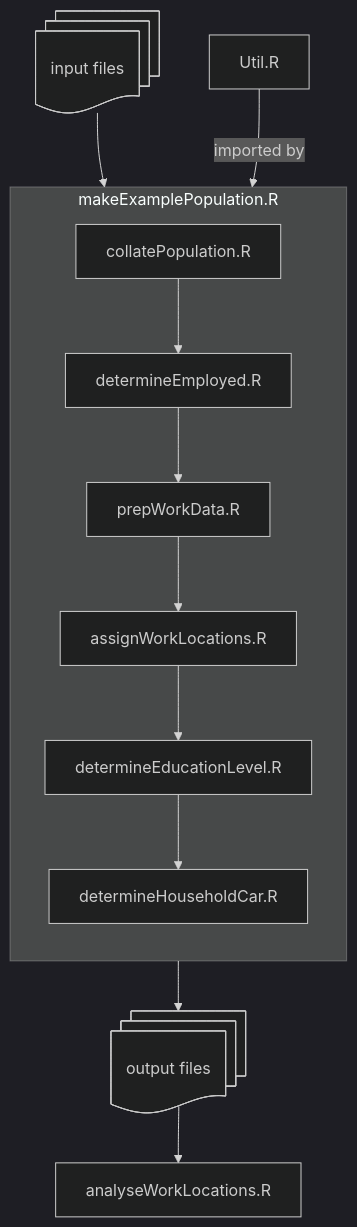
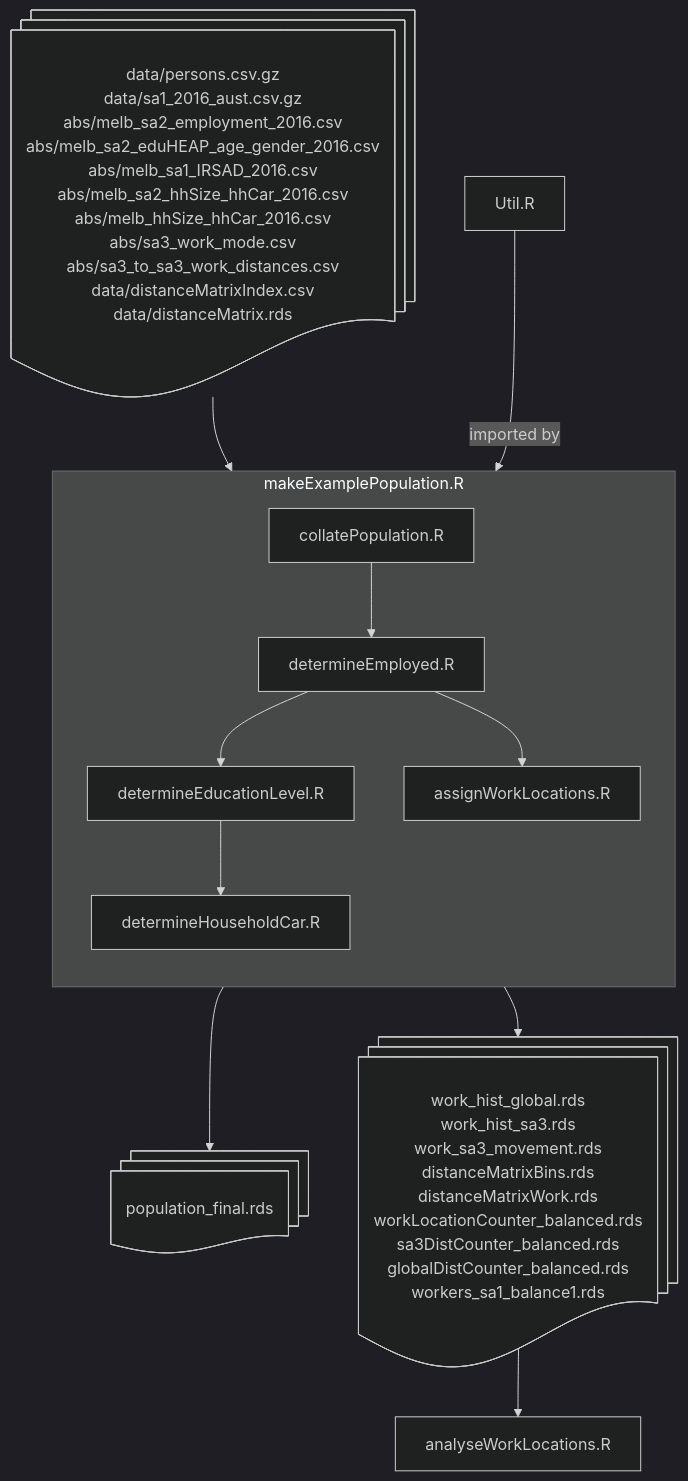
One commit to jibeproject/syntheticPopulationMelbourne changed the diagram in README.md. Above: the diagram before and after it, drawn with Mermaid (dark theme). The commit also changed 3 other files, not shown here.

Commit message:
sketched how assignWorkLocations could run as an asynchronous process, so as not to block subsequent synthetic population building code; updated the workflow graph, so this is clearer. Corrected function name in determineHouseholdCar.R

````diff
--- a/README.md
+++ b/README.md
@@ -4,17 +4,19 @@
 ```mermaid
 flowchart TD
     subgraph makeExamplePopulation.R
         direction TB 
         collatePopulation.R -->
         determineEmployed.R -->
-        prepWorkData.R -->
-        assignWorkLocations.R -->
         determineEducationLevel.R -->
         determineHouseholdCar.R
+        determineEmployed.R -->
+        assignWorkLocations.R
     end
-    i@{ shape: docs, label: "input files"}--> makeExamplePopulation.R
+    input@{ shape: docs, label: "data/persons.csv.gz\ndata/sa1_2016_aust.csv.gz\nabs/melb_sa2_employment_2016.csv\nabs/melb_sa2_eduHEAP_age_gender_2016.csv\nabs/melb_sa1_IRSAD_2016.csv\nabs/melb_sa2_hhSize_hhCar_2016.csv\nabs/melb_hhSize_hhCar_2016.csv\nabs/sa3_work_mode.csv\nabs/sa3_to_sa3_work_distances.csv\ndata/distanceMatrixIndex.csv\ndata/distanceMatrix.rds"}--> makeExamplePopulation.R
     Util.R--imported by-->makeExamplePopulation.R
     makeExamplePopulation.R -->
-    o@{ shape: docs, label: "output files"} -->
+    population@{ shape: docs, label: "population_final.rds"}
+    makeExamplePopulation.R -->
+    workData@{ shape: docs, label: "work_hist_global.rds\nwork_hist_sa3.rds\nwork_sa3_movement.rds\ndistanceMatrixBins.rds\ndistanceMatrixWork.rds\nworkLocationCounter_balanced.rds\nsa3DistCounter_balanced.rds\nglobalDistCounter_balanced.rds\nworkers_sa1_balance1.rds"} -->
     analyseWorkLocations.R
 ```
````
